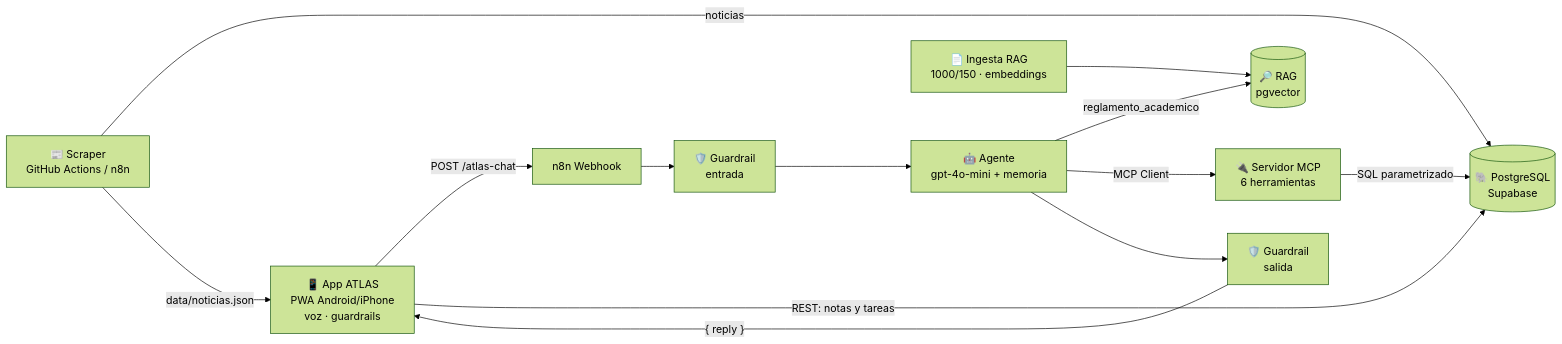
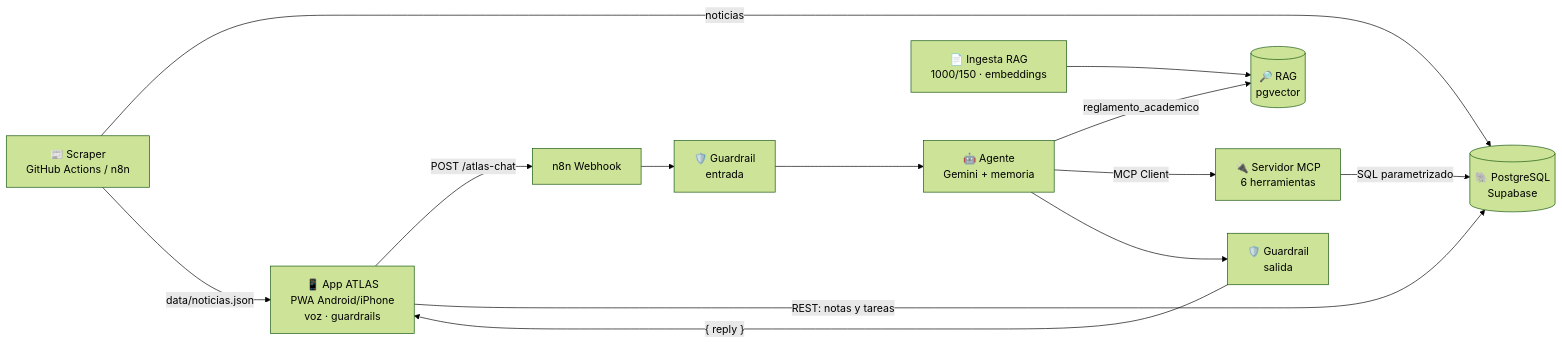
One commit to elias2111/atlas-chatbot-academico changed the diagram in README.md. Above: the diagram before and after it, drawn with Mermaid (forest theme). The commit also changed other lines of this file, not shown here.

````diff
--- a/README.md
+++ b/README.md
@@ -31,13 +106,13 @@
 ```mermaid
 flowchart LR
   APP["📱 App ATLAS<br/>PWA Android/iPhone<br/>voz · guardrails"] -->|"POST /atlas-chat"| WH["n8n Webhook"]
-  WH --> GI["🛡️ Guardrail<br/>entrada"] --> AG["🤖 Agente<br/>gpt-4o-mini + memoria"]
+  WH --> GI["🛡️ Guardrail<br/>entrada"] --> AG["🤖 Agente<br/>Gemini + memoria"]
   AG -->|reglamento_academico| RAG[("🔎 RAG<br/>pgvector")]
   AG -->|MCP Client| MCP["🔌 Servidor MCP<br/>6 herramientas"]
   MCP -->|SQL parametrizado| PG[("🐘 PostgreSQL<br/>Supabase")]
   AG --> GO["🛡️ Guardrail<br/>salida"] -->|"{ reply }"| APP
   SCR["📰 Scraper<br/>GitHub Actions / n8n"] -->|noticias| PG
   SCR -->|data/noticias.json| APP
   APP -->|"REST: notas y tareas"| PG
   ING["📄 Ingesta RAG<br/>1000/150 · embeddings"] --> RAG
 ```
````
